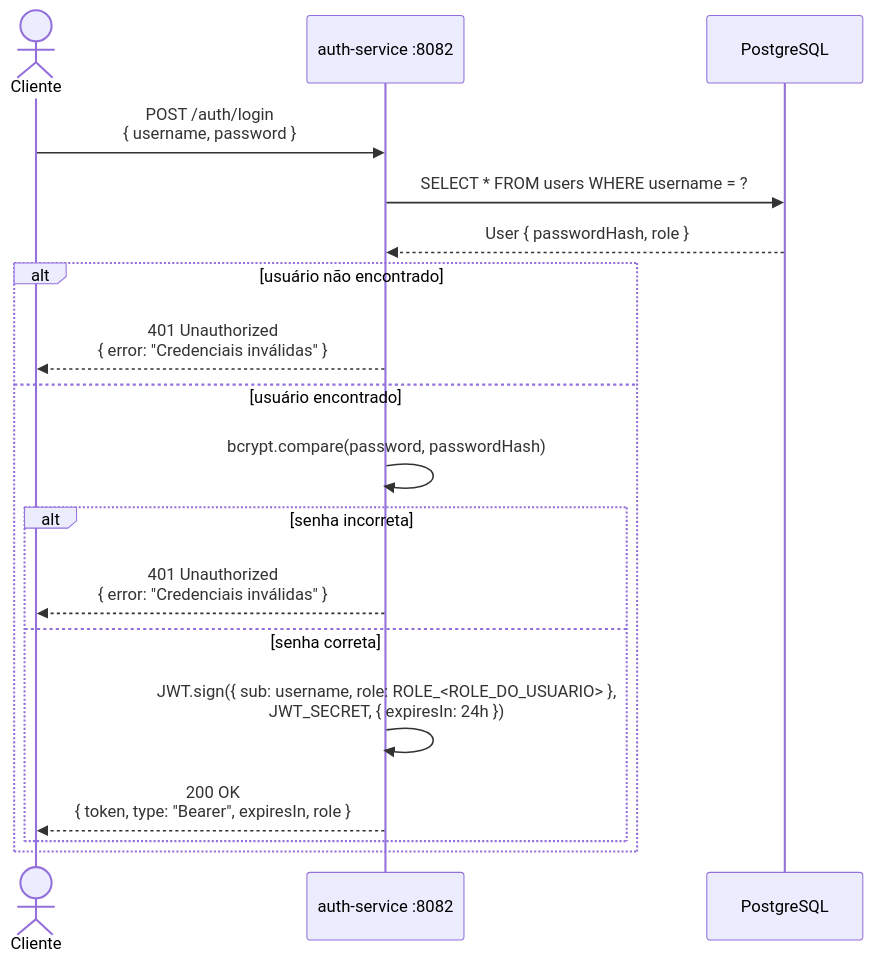
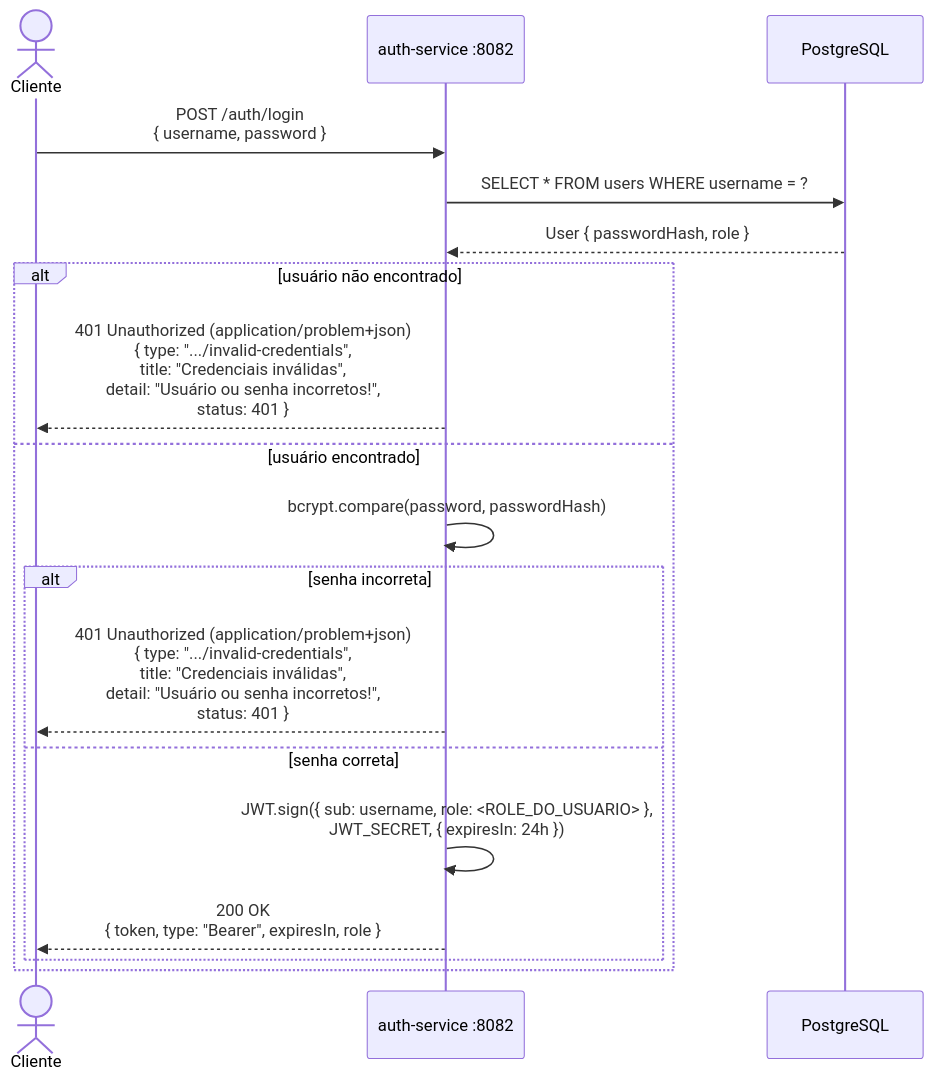
Before and after one commit to LucasBruner/Morbus: the second of 13 diagrams in docs/sequencias-diagrama.md, drawn with Mermaid. The commit also changed other lines of this file and 235 other files, not shown here.

````diff
--- a/docs/sequencias-diagrama.md
+++ b/docs/sequencias-diagrama.md
@@ -55,24 +58,24 @@
 ```mermaid
 sequenceDiagram
     actor Cliente
     participant AuthService as auth-service :8082
     participant DB as PostgreSQL
 
     Cliente->>AuthService: POST /auth/login<br/>{ username, password }
 
     AuthService->>DB: SELECT * FROM users WHERE username = ?
     DB-->>AuthService: User { passwordHash, role }
 
     alt usuário não encontrado
-        AuthService-->>Cliente: 401 Unauthorized<br/>{ error: "Credenciais inválidas" }
+        AuthService-->>Cliente: 401 Unauthorized (application/problem+json)<br/>{ type: ".../invalid-credentials",<br/>title: "Credenciais inválidas",<br/>detail: "Usuário ou senha incorretos!",<br/>status: 401 }
     else usuário encontrado
         AuthService->>AuthService: bcrypt.compare(password, passwordHash)
 
         alt senha incorreta
-            AuthService-->>Cliente: 401 Unauthorized<br/>{ error: "Credenciais inválidas" }
+            AuthService-->>Cliente: 401 Unauthorized (application/problem+json)<br/>{ type: ".../invalid-credentials",<br/>title: "Credenciais inválidas",<br/>detail: "Usuário ou senha incorretos!",<br/>status: 401 }
         else senha correta
-            AuthService->>AuthService: JWT.sign({ sub: username, role: ROLE_<ROLE_DO_USUARIO> },<br/>JWT_SECRET, { expiresIn: 24h })
+            AuthService->>AuthService: JWT.sign({ sub: username, role: <ROLE_DO_USUARIO> },<br/>JWT_SECRET, { expiresIn: 24h })
             AuthService-->>Cliente: 200 OK<br/>{ token, type: "Bearer", expiresIn, role }
         end
     end
 ```
````
